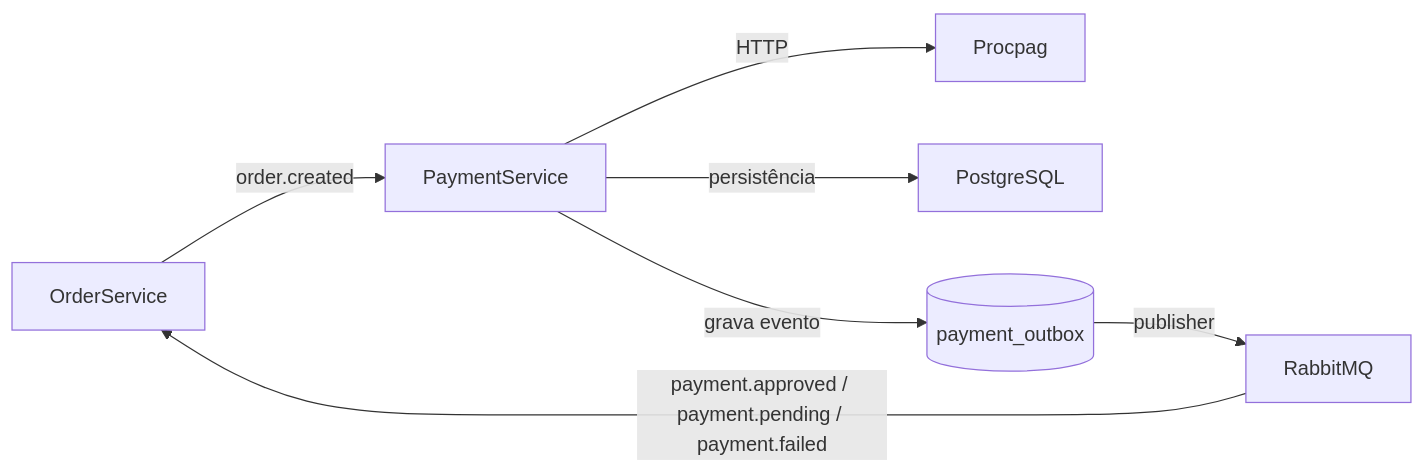
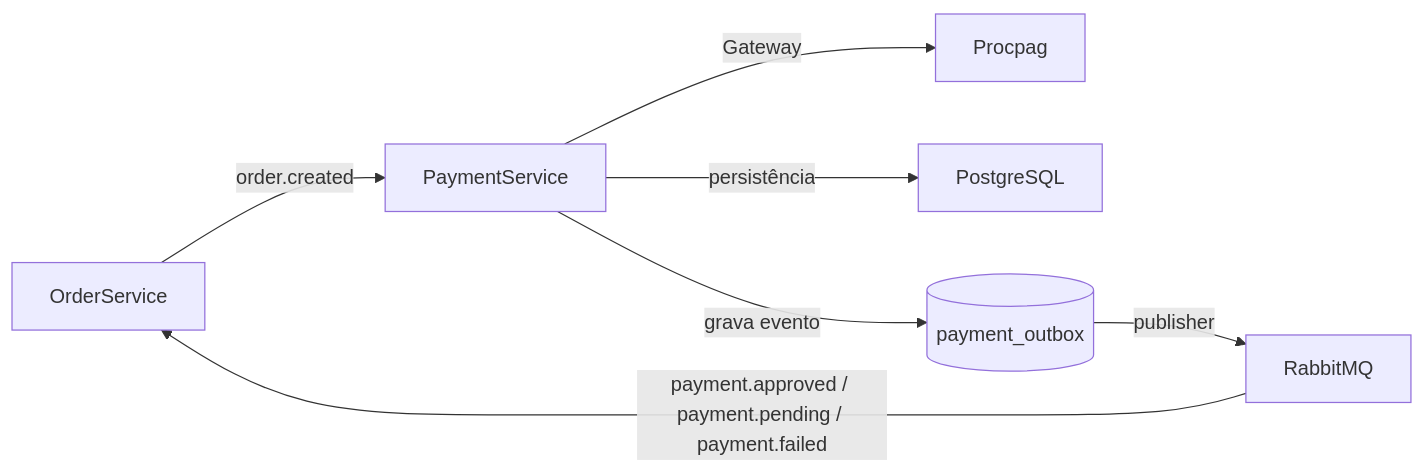
Before and after one commit to alex-dev-br/restaurant-payment-service: the first of 4 diagrams in README.md, drawn with Mermaid.

Commit message:
Update PaymentService flow to use 'Gateway'

````diff
--- a/README.md
+++ b/README.md
@@ -72,9 +72,9 @@
 ```mermaid
 flowchart LR
     OrderService -->|order.created| PaymentService
-    PaymentService -->|HTTP| Procpag
+    PaymentService -->|Gateway| Procpag
     PaymentService -->|persistência| PostgreSQL
     PaymentService -->|grava evento| Outbox[(payment_outbox)]
     Outbox -->|publisher| RabbitMQ
     RabbitMQ -->|payment.approved / payment.pending / payment.failed| OrderService
 ```
````
